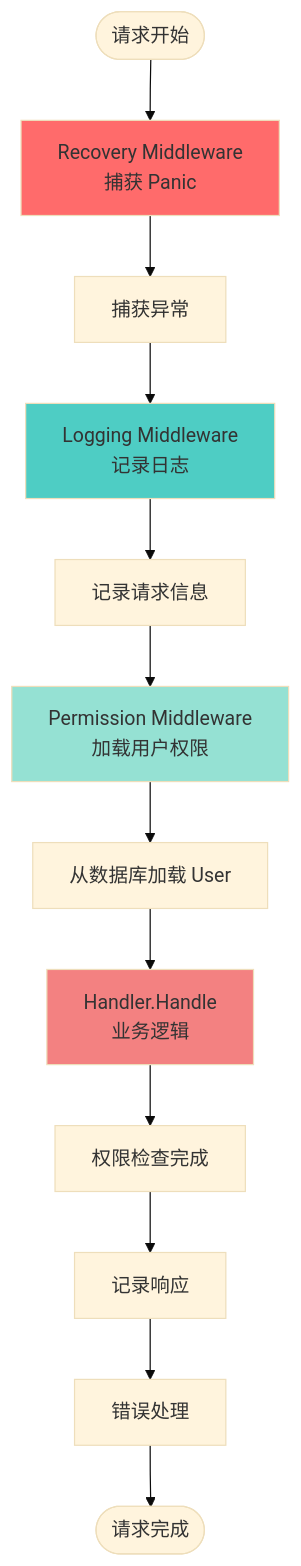
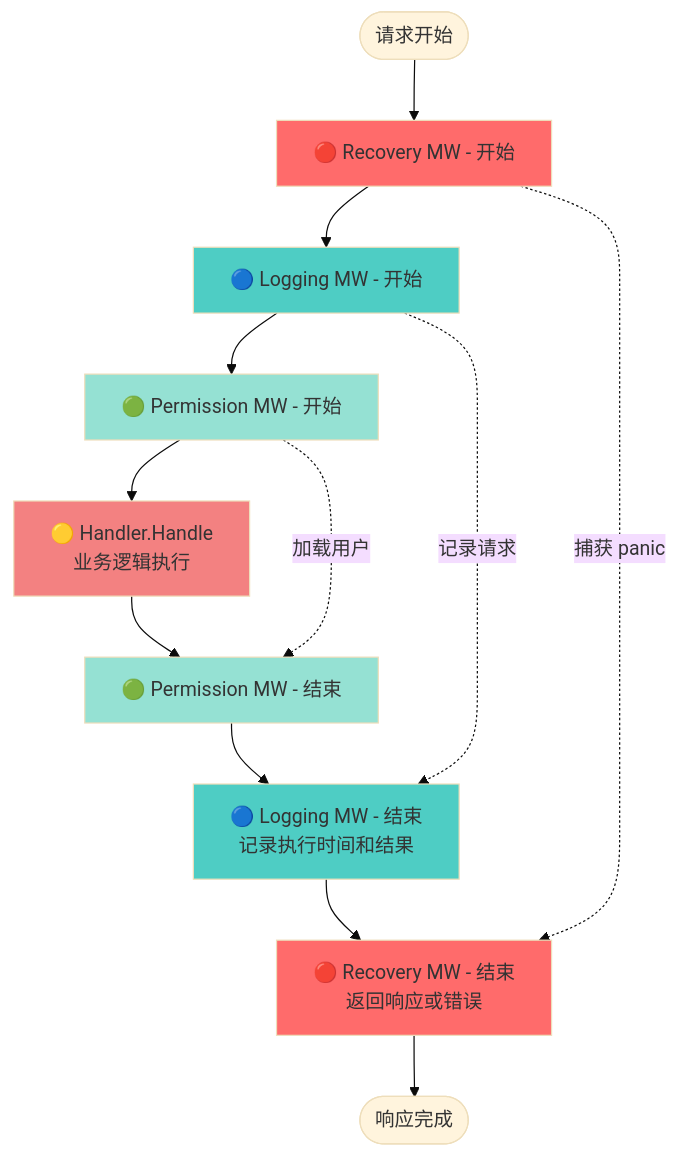
The eighth of 26 diagrams in docs/architecture-diagram.md (asmitul/go-telegram-bot), drawn with Mermaid (base theme) before and after one commit. The commit also changed other lines of this file, not shown here.

Commit message:
✔️ 更新architecture-diagram.md文档

````diff
--- a/docs/architecture-diagram.md
+++ b/docs/architecture-diagram.md
@@ -129,23 +341,23 @@
 ```mermaid
 graph TB
-    Start([请求开始]) --> Recovery[Recovery Middleware<br/>捕获 Panic]
-    Recovery --> RecoveryIn[捕获异常]
+    Request([请求开始]) --> Layer1Start[🔴 Recovery MW - 开始]
+    Layer1Start --> Layer2Start[🔵 Logging MW - 开始]
+    Layer2Start --> Layer3Start[🟢 Permission MW - 开始]
+    Layer3Start --> Handler[🟡 Handler.Handle<br/>业务逻辑执行]
+    Handler --> Layer3End[🟢 Permission MW - 结束]
+    Layer3End --> Layer2End[🔵 Logging MW - 结束<br/>记录执行时间和结果]
+    Layer2End --> Layer1End[🔴 Recovery MW - 结束<br/>返回响应或错误]
+    Layer1End --> Response([响应完成])
 
-    RecoveryIn --> Logging[Logging Middleware<br/>记录日志]
-    Logging --> LogIn[记录请求信息]
+    Layer1Start -.捕获 panic.-> Layer1End
+    Layer2Start -.记录请求.-> Layer2End
+    Layer3Start -.加载用户.-> Layer3End
 
-    LogIn --> Permission[Permission Middleware<br/>加载用户权限]
-    Permission --> PermIn[从数据库加载 User]
-
-    PermIn --> Handler[Handler.Handle<br/>业务逻辑]
-
-    Handler --> PermOut[权限检查完成]
-    PermOut --> LogOut[记录响应]
-    LogOut --> RecoveryOut[错误处理]
-    RecoveryOut --> End([请求完成])
-
-    style Recovery fill:#FF6B6B
-    style Logging fill:#4ECDC4
-    style Permission fill:#95E1D3
+    style Layer1Start fill:#FF6B6B
+    style Layer1End fill:#FF6B6B
+    style Layer2Start fill:#4ECDC4
+    style Layer2End fill:#4ECDC4
+    style Layer3Start fill:#95E1D3
+    style Layer3End fill:#95E1D3
     style Handler fill:#F38181
 ```
````
